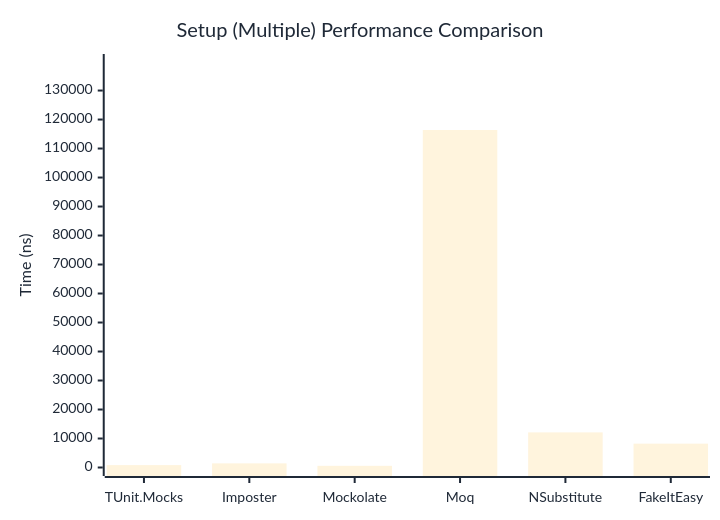
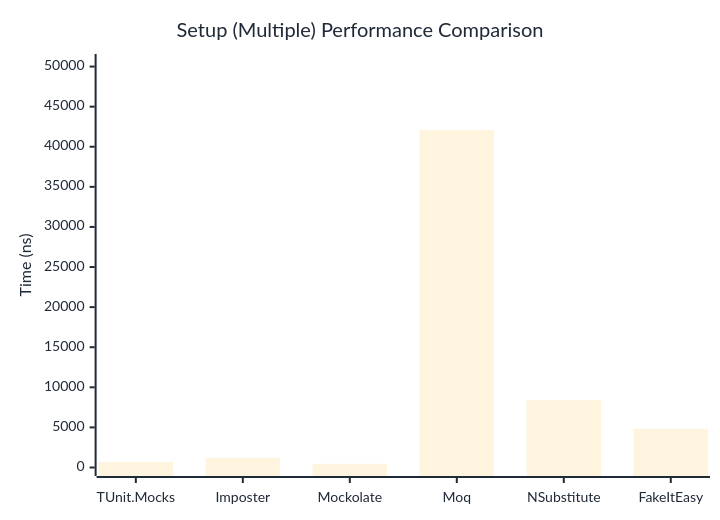
The second of 2 diagrams in docs/docs/benchmarks/mocks/Setup.md (thomhurst/TUnit), drawn with Mermaid before and after one commit. The commit also changed other lines of this file and 14 other files, not shown here.

````diff
--- a/docs/docs/benchmarks/mocks/Setup.md
+++ b/docs/docs/benchmarks/mocks/Setup.md
@@ -71,27 +71,27 @@
 ```mermaid
 %%{init: {
   'theme':'base',
   'themeVariables': {
     'primaryColor': '#2563eb',
     'primaryTextColor': '#1f2937',
     'primaryBorderColor': '#1e40af',
     'lineColor': '#6b7280',
     'secondaryColor': '#7c3aed',
     'tertiaryColor': '#dc2626',
     'background': '#ffffff',
     'pie1': '#2563eb',
     'pie2': '#7c3aed',
     'pie3': '#dc2626',
     'pie4': '#f59e0b',
     'pie5': '#10b981',
     'pie6': '#06b6d4',
     'pie7': '#ec4899',
     'pie8': '#6366f1'
   }
 }}%%
 xychart-beta
   title "Setup (Multiple) Performance Comparison"
   x-axis ["TUnit.Mocks", "Imposter", "Mockolate", "Moq", "NSubstitute", "FakeItEasy"]
-  y-axis "Time (ns)" 0 --> 139670
-  bar [831.1, 1424.7, 577.4, 116391.3, 12110.4, 8226]
+  y-axis "Time (ns)" 0 --> 50507
+  bar [683.5, 1214.3, 457.3, 42088.4, 8431, 4830.9]
 ```
````
